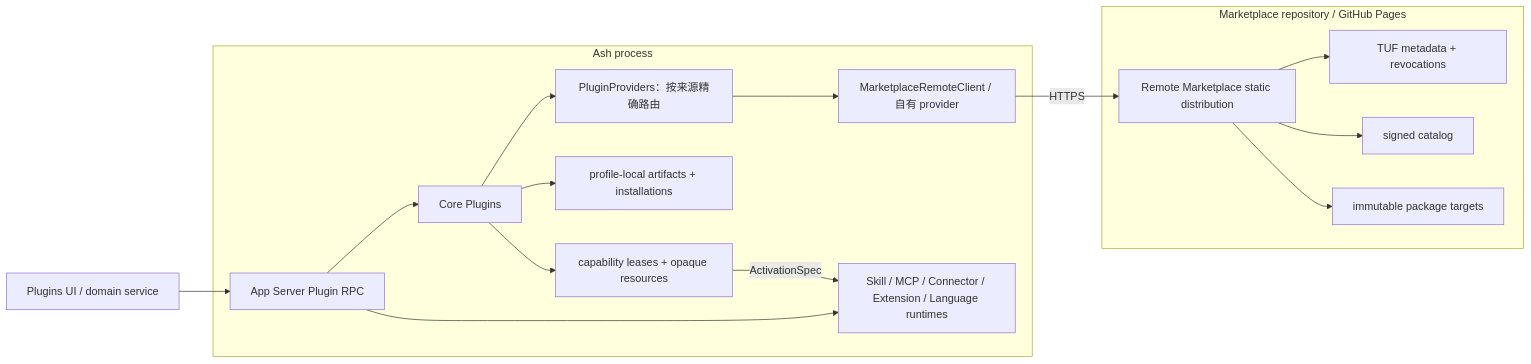
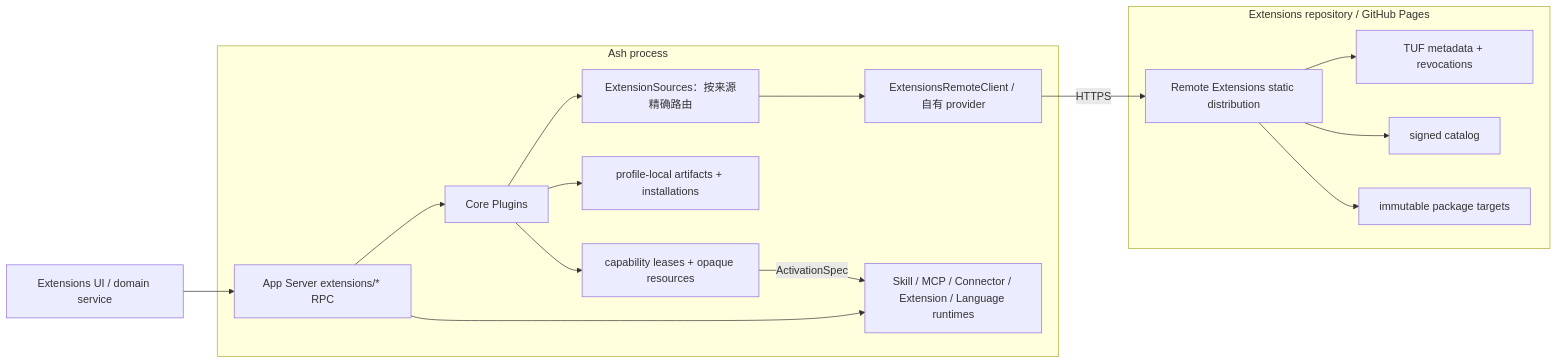
One commit to chogng/ash changed the diagram in crates/docs/core-plugins.md. Above: the diagram before and after it, drawn with Mermaid. The commit also changed other lines of this file and 342 other files, not shown here.

First line of the commit message:
refactor: rename Marketplace references to Extensions in tests

````diff
--- a/crates/docs/core-plugins.md
+++ b/crates/docs/core-plugins.md
@@ -35,23 +35,23 @@
 ```mermaid
 flowchart LR
-    UI["Plugins UI / domain service"] --> RPC["App Server Plugin RPC"]
+    UI["Extensions UI / domain service"] --> RPC["App Server extensions/* RPC"]
 
     subgraph Ash["Ash process"]
         RPC --> Manager["Core Plugins"]
-        Manager --> Providers["PluginProviders：按来源精确路由"]
-        Providers --> Client["MarketplaceRemoteClient / 自有 provider"]
+        Manager --> Providers["ExtensionSources：按来源精确路由"]
+        Providers --> Client["ExtensionsRemoteClient / 自有 provider"]
         Manager --> Store["profile-local artifacts + installations"]
         Manager --> Lease["capability leases + opaque resources"]
         RPC --> Runtime["Skill / MCP / Connector / Extension / Language runtimes"]
     end
 
-    Client -->|"HTTPS"| Pages["Remote Marketplace static distribution"]
+    Client -->|"HTTPS"| Pages["Remote Extensions static distribution"]
 
-    subgraph Remote["Marketplace repository / GitHub Pages"]
+    subgraph Remote["Extensions repository / GitHub Pages"]
         Pages --> TUF["TUF metadata + revocations"]
         Pages --> Catalog["signed catalog"]
         Pages --> Targets["immutable package targets"]
     end
 
     Lease -->|"ActivationSpec"| Runtime
 ```
````
